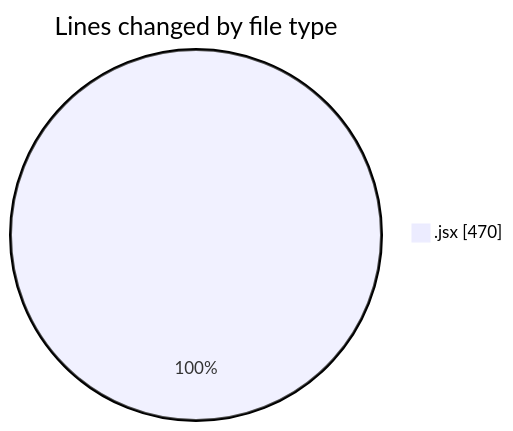
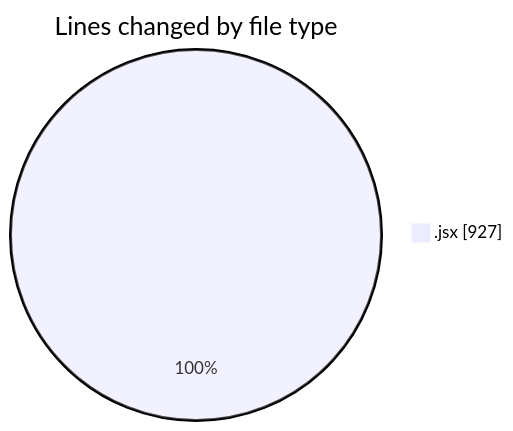
Before and after one commit to nxtqubesakshisongat/code-tracking: the first of 2 diagrams in 2025-05-10/argos-dev/README.md, drawn with Mermaid. The commit also changed other lines of this file and 1 other file, not shown here.

````diff
--- a/2025-05-10/argos-dev/README.md
+++ b/2025-05-10/argos-dev/README.md
@@ -20,5 +21,5 @@
 ```mermaid
 pie showData
 title Lines changed by file type
-".jsx" : 470
+".jsx" : 927
 ```
````
